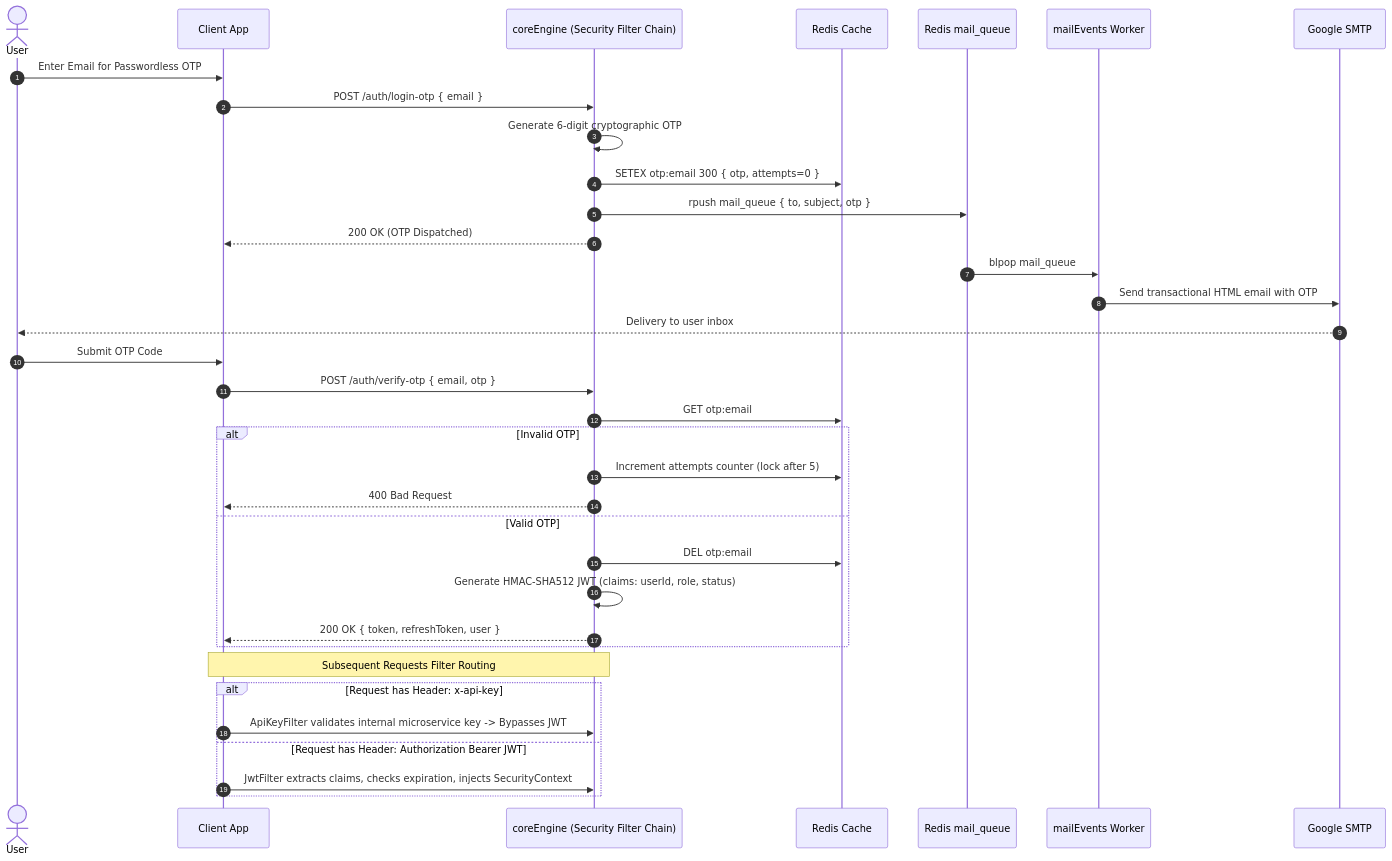
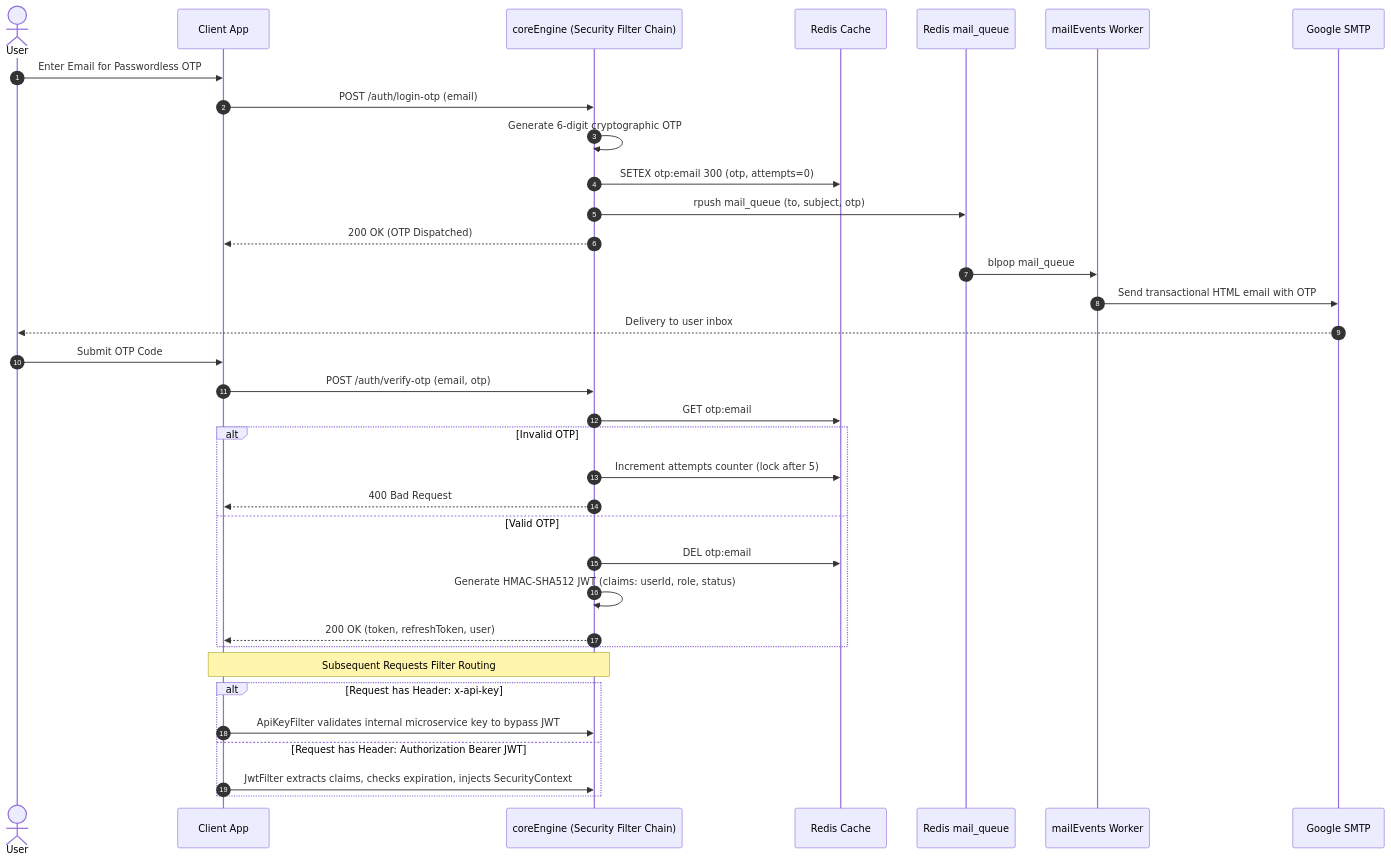
Before and after one commit to karankumar786786/AudioMelodySpringboot: diagram 15 of 15 in README.md, drawn with Mermaid. The commit also changed other lines of this file, not shown here.

Commit message:
docs: fix invalid Mermaid diagram syntax across README.md

````diff
--- a/README.md
+++ b/README.md
@@ -1036,41 +1036,41 @@
 ```mermaid
 sequenceDiagram
     autonumber
     actor User
     participant AF as Client App
     participant CE as coreEngine (Security Filter Chain)
     participant RD as Redis Cache
     participant MQ as Redis mail_queue
     participant MW as mailEvents Worker
     participant SMTP as Google SMTP
 
     User->>AF: Enter Email for Passwordless OTP
-    AF->>CE: POST /auth/login-otp { email }
+    AF->>CE: POST /auth/login-otp (email)
     CE->>CE: Generate 6-digit cryptographic OTP
-    CE->>RD: SETEX otp:email 300 { otp, attempts=0 }
-    CE->>MQ: rpush mail_queue { to, subject, otp }
+    CE->>RD: SETEX otp:email 300 (otp, attempts=0)
+    CE->>MQ: rpush mail_queue (to, subject, otp)
     CE-->>AF: 200 OK (OTP Dispatched)
 
     MQ->>MW: blpop mail_queue
     MW->>SMTP: Send transactional HTML email with OTP
     SMTP-->>User: Delivery to user inbox
     
     User->>AF: Submit OTP Code
-    AF->>CE: POST /auth/verify-otp { email, otp }
+    AF->>CE: POST /auth/verify-otp (email, otp)
     CE->>RD: GET otp:email
     alt Invalid OTP
         CE->>RD: Increment attempts counter (lock after 5)
         CE-->>AF: 400 Bad Request
     else Valid OTP
         CE->>RD: DEL otp:email
         CE->>CE: Generate HMAC-SHA512 JWT (claims: userId, role, status)
-        CE-->>AF: 200 OK { token, refreshToken, user }
+        CE-->>AF: 200 OK (token, refreshToken, user)
     end
 
     Note over AF,CE: Subsequent Requests Filter Routing
     alt Request has Header: x-api-key
-        AF->>CE: ApiKeyFilter validates internal microservice key -> Bypasses JWT
+        AF->>CE: ApiKeyFilter validates internal microservice key to bypass JWT
     else Request has Header: Authorization Bearer JWT
         AF->>CE: JwtFilter extracts claims, checks expiration, injects SecurityContext
     end
 ```
````
